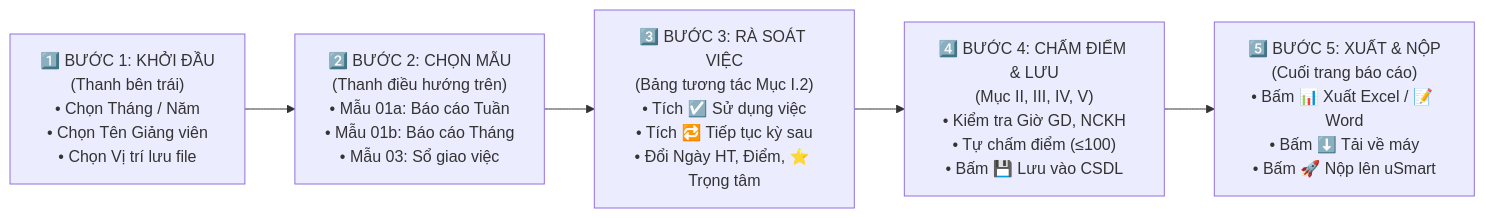
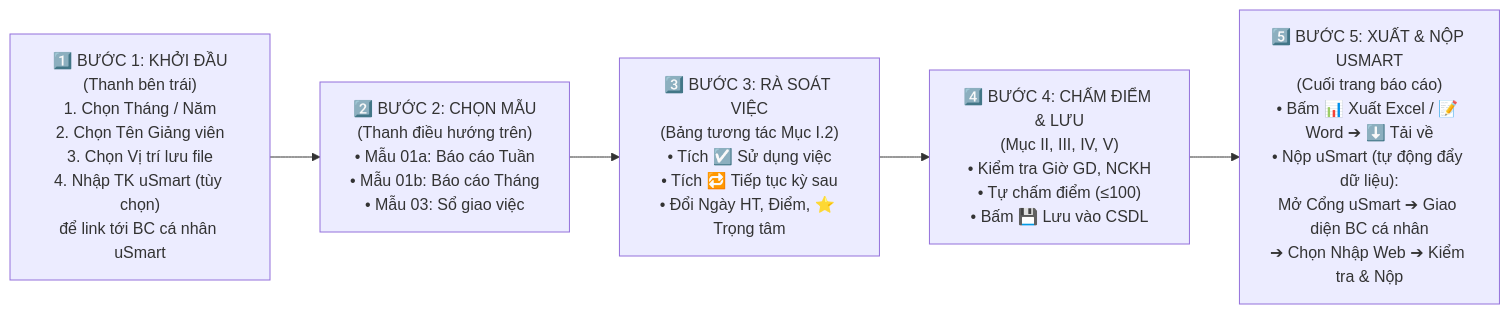
Before and after one commit to quocdungnguyen0810-ux/baocao-bomon-dkt-kgn: the first of 4 diagrams in HUONG_DAN_SU_DUNG_BO_MON_DKT.md, drawn with Mermaid. The commit also changed other lines of this file and 1 other file, not shown here.

Commit message:
docs(roadmap): bo sung Buoc 1 muc 4 TK uSmart va Buoc 5 luong nop uSmart (Mo Cong -> BC ca nhan -> Nhap Web -> Kiem tra & Nop)

````diff
--- a/HUONG_DAN_SU_DUNG_BO_MON_DKT.md
+++ b/HUONG_DAN_SU_DUNG_BO_MON_DKT.md
@@ -10,10 +10,10 @@
 ```mermaid
 flowchart LR
-    B1["1️⃣ BƯỚC 1: KHỞI ĐẦU<br/>(Thanh bên trái)<br/>• Chọn Tháng / Năm<br/>• Chọn Tên Giảng viên<br/>• Chọn Vị trí lưu file"]
+    B1["1️⃣ BƯỚC 1: KHỞI ĐẦU<br/>(Thanh bên trái)<br/>1. Chọn Tháng / Năm<br/>2. Chọn Tên Giảng viên<br/>3. Chọn Vị trí lưu file<br/>4. Nhập TK uSmart (tùy chọn)<br/>để link tới BC cá nhân uSmart"]
     B2["2️⃣ BƯỚC 2: CHỌN MẪU<br/>(Thanh điều hướng trên)<br/>• Mẫu 01a: Báo cáo Tuần<br/>• Mẫu 01b: Báo cáo Tháng<br/>• Mẫu 03: Sổ giao việc"]
     B3["3️⃣ BƯỚC 3: RÀ SOÁT VIỆC<br/>(Bảng tương tác Mục I.2)<br/>• Tích ☑️ Sử dụng việc<br/>• Tích 🔁 Tiếp tục kỳ sau<br/>• Đổi Ngày HT, Điểm, ⭐ Trọng tâm"]
     B4["4️⃣ BƯỚC 4: CHẤM ĐIỂM & LƯU<br/>(Mục II, III, IV, V)<br/>• Kiểm tra Giờ GD, NCKH<br/>• Tự chấm điểm (≤100)<br/>• Bấm 💾 Lưu vào CSDL"]
-    B5["5️⃣ BƯỚC 5: XUẤT & NỘP<br/>(Cuối trang báo cáo)<br/>• Bấm 📊 Xuất Excel / 📝 Word<br/>• Bấm ⬇️ Tải về máy<br/>• Bấm 🚀 Nộp lên uSmart"]
+    B5["5️⃣ BƯỚC 5: XUẤT & NỘP USMART<br/>(Cuối trang báo cáo)<br/>• Bấm 📊 Xuất Excel / 📝 Word ➔ ⬇️ Tải về<br/>• Nộp uSmart (tự động đẩy dữ liệu):<br/>Mở Cổng uSmart ➔ Giao diện BC cá nhân<br/>➔ Chọn Nhập Web ➔ Kiểm tra & Nộp"]
 
     B1 --> B2 --> B3 --> B4 --> B5
 ```
````
